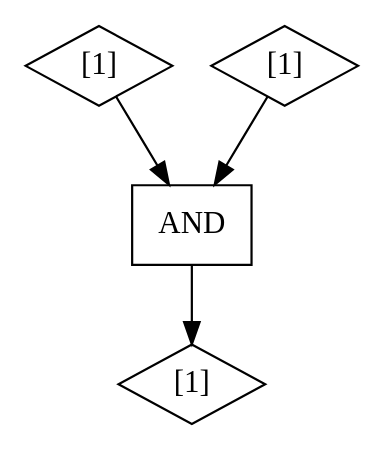
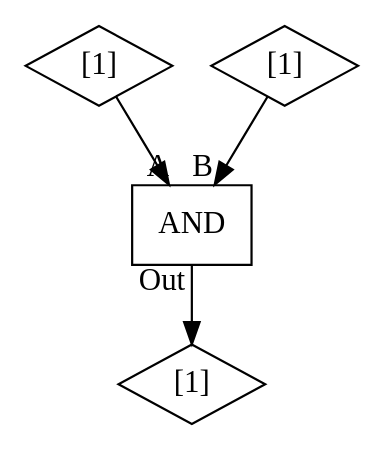
The diagram in dot_export_tests/simple_gate.dot (Artentus/gsim), drawn with Graphviz before and after one commit. The commit also changed 2 other files, not shown here.

```diff
--- a/dot_export_tests/simple_gate.dot
+++ b/dot_export_tests/simple_gate.dot
@@ -1,9 +1,9 @@
 digraph {
     W0[label="[1]" shape="diamond"];
     W1[label="[1]" shape="diamond"];
     W2[label="[1]" shape="diamond"];
     C0[label="AND" shape="box"];
-    W0 -> { C0 };
-    W1 -> { C0 };
-    { C0 } -> W2;
+    W0 -> C0[headlabel="A"];
+    W1 -> C0[headlabel="B"];
+    C0 -> W2[taillabel="Out"];
 }
```
